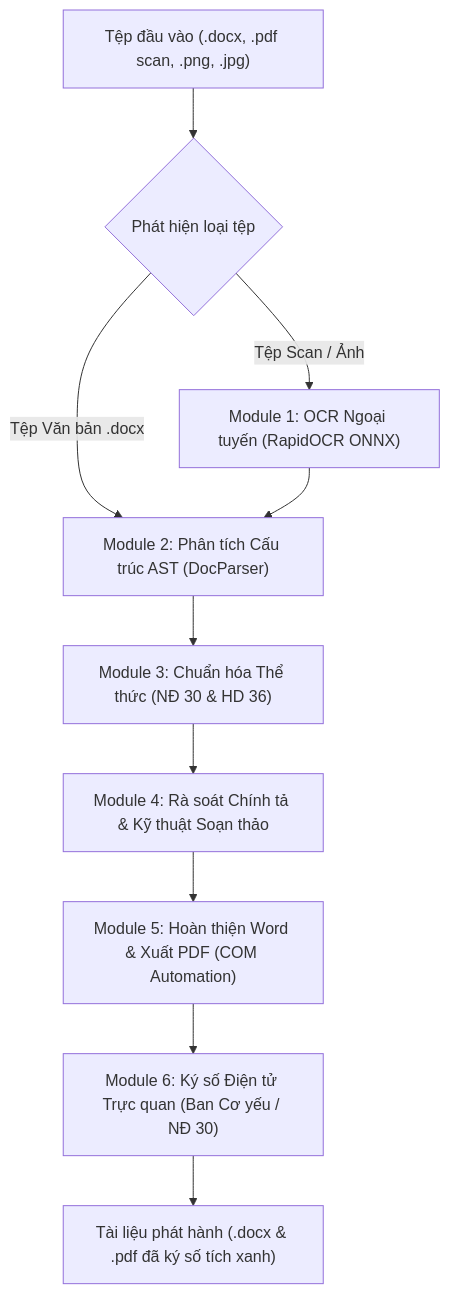
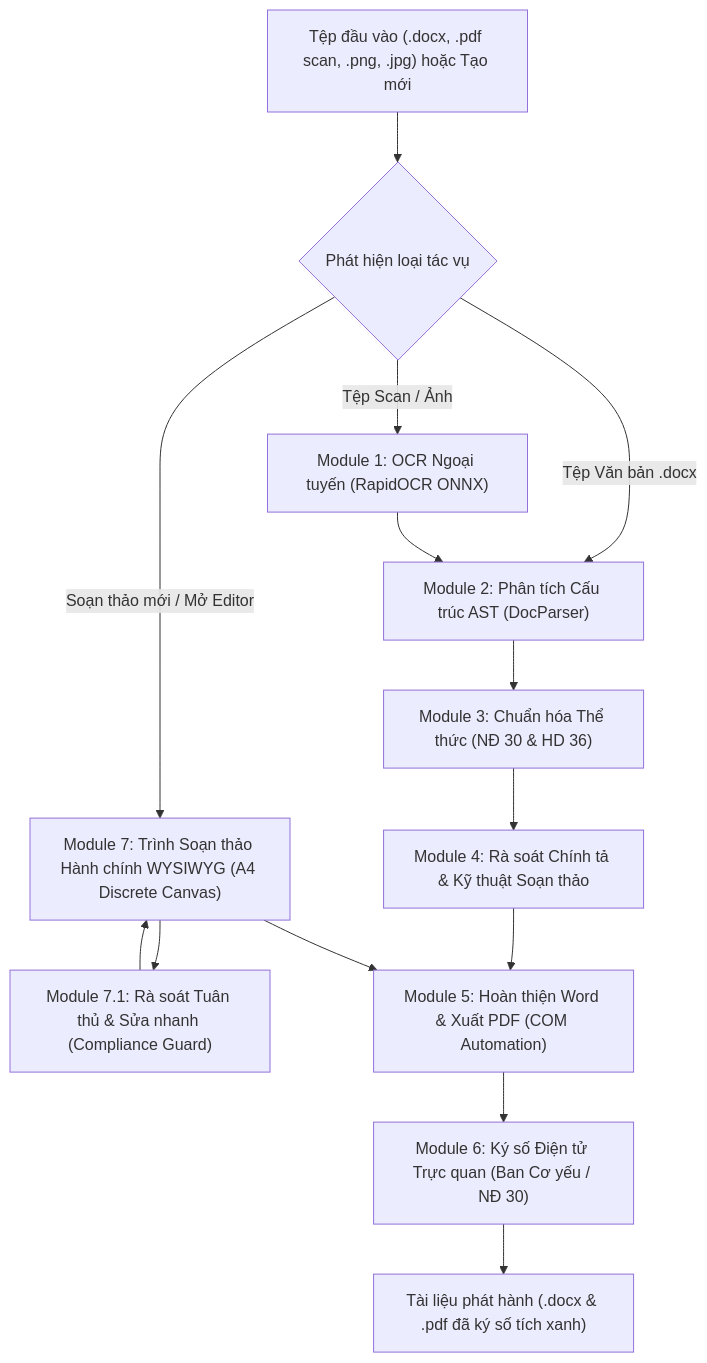
One commit to NguyenManhHieu204/autoFomatter changed the first of 2 diagrams in TAI_LIEU_DAC_TA_KY_THUAT.md. Above: the diagram before and after it, drawn with Mermaid. The commit also changed other lines of this file and 42 other files, not shown here.

````diff
--- a/TAI_LIEU_DAC_TA_KY_THUAT.md
+++ b/TAI_LIEU_DAC_TA_KY_THUAT.md
@@ -28,12 +29,16 @@
 ```mermaid
 flowchart TD
-    In["Tệp đầu vào (.docx, .pdf scan, .png, .jpg)"] --> Detect{"Phát hiện loại tệp"}
+    In["Tệp đầu vào (.docx, .pdf scan, .png, .jpg) hoặc Tạo mới"] --> Detect{"Phát hiện loại tác vụ"}
     Detect -->|"Tệp Scan / Ảnh"| OCRModule["Module 1: OCR Ngoại tuyến (RapidOCR ONNX)"]
     Detect -->|"Tệp Văn bản .docx"| ParseModule["Module 2: Phân tích Cấu trúc AST (DocParser)"]
+    Detect -->|"Soạn thảo mới / Mở Editor"| EditorModule["Module 7: Trình Soạn thảo Hành chính WYSIWYG (A4 Discrete Canvas)"]
     OCRModule --> ParseModule
     ParseModule --> RuleEngine["Module 3: Chuẩn hóa Thể thức (NĐ 30 & HD 36)"]
     RuleEngine --> LintModule["Module 4: Rà soát Chính tả & Kỹ thuật Soạn thảo"]
+    EditorModule --> AuditModule["Module 7.1: Rà soát Tuân thủ & Sửa nhanh (Compliance Guard)"]
+    AuditModule --> EditorModule
     LintModule --> WordCom["Module 5: Hoàn thiện Word & Xuất PDF (COM Automation)"]
+    EditorModule --> WordCom
     WordCom --> SignModule["Module 6: Ký số Điện tử Trực quan (Ban Cơ yếu / NĐ 30)"]
     SignModule --> Out["Tài liệu phát hành (.docx & .pdf đã ký số tích xanh)"]
 ```
````
